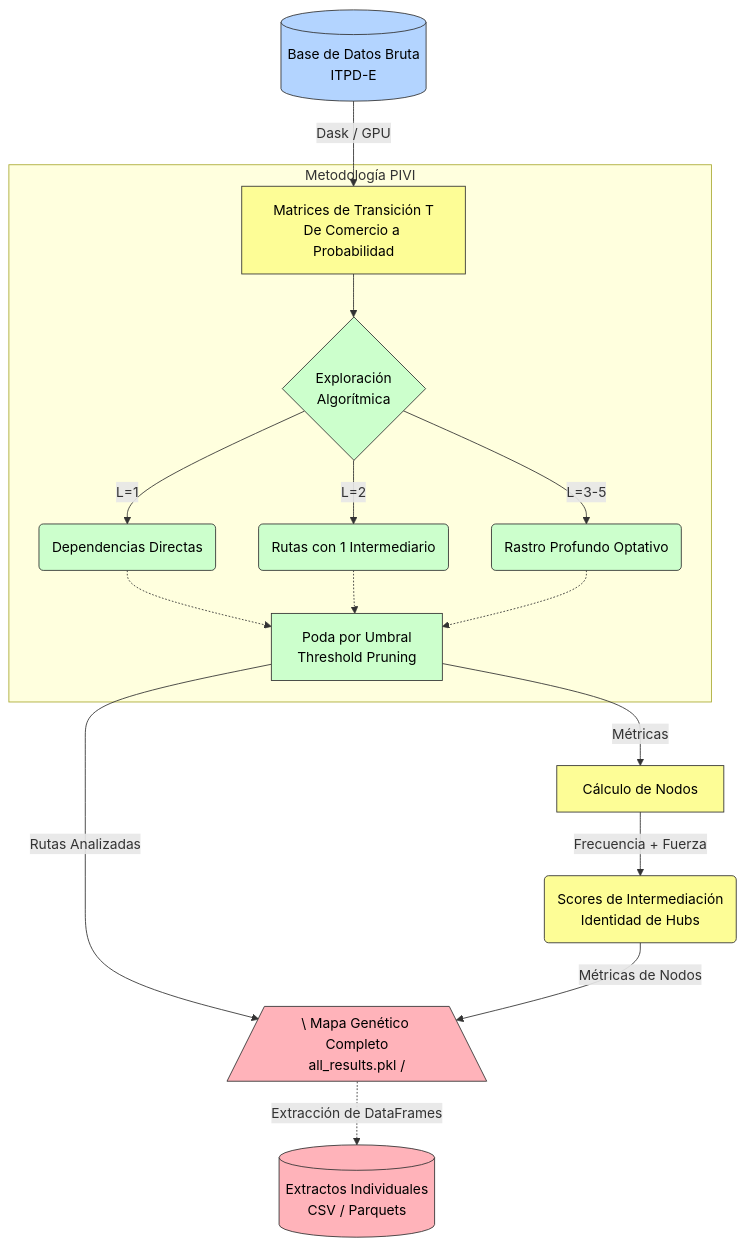
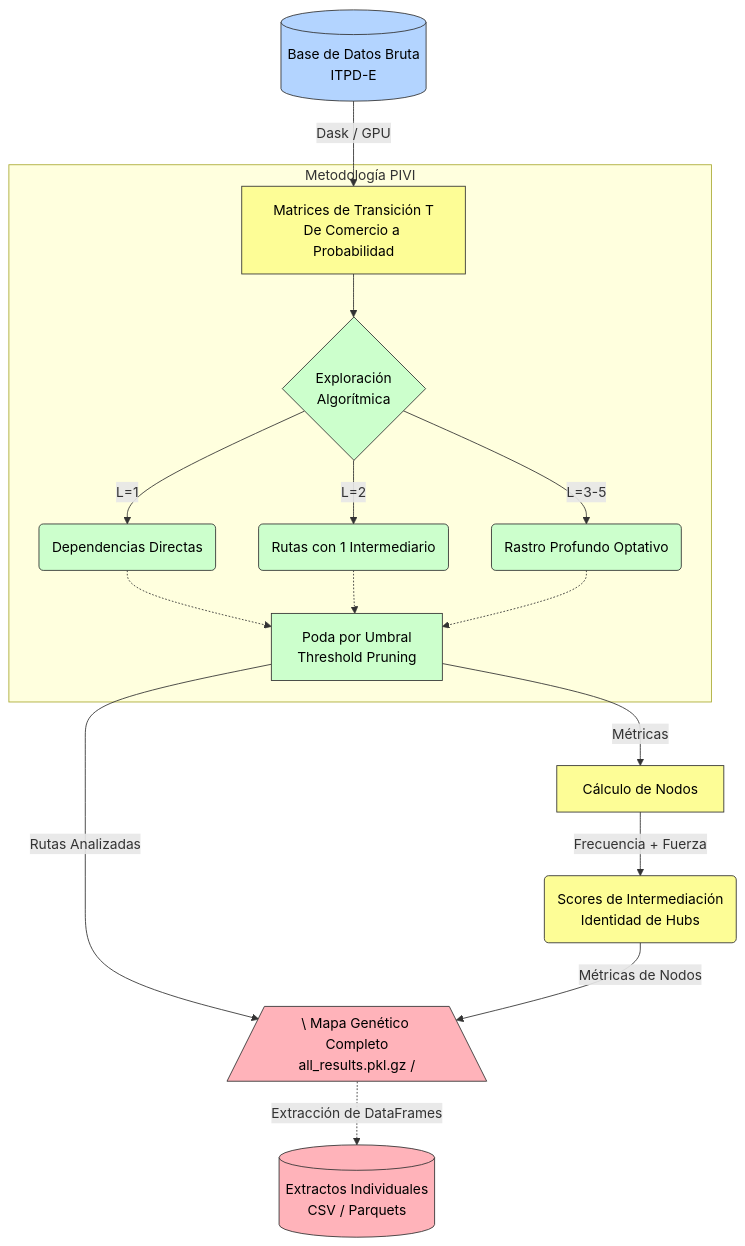
The second of 7 diagrams in README.md (mhidper/Seguridad-Economica), drawn with Mermaid before and after one commit. The commit also changed other lines of this file and 1 other file, not shown here.

Commit message:
feat: compress master result files to .pkl.gz and add project documentation for data management and analysis pipelines

````diff
--- a/README.md
+++ b/README.md
@@ -115,28 +115,28 @@
 ```mermaid
 graph TD
     classDef db fill:#b3d4ff,stroke:#333,stroke-width:1px,color:#000
     classDef proc fill:#fdfd96,stroke:#333,stroke-width:1px,color:#000
     classDef pivi fill:#ccffcc,stroke:#333,stroke-width:1px,color:#000
     classDef out fill:#ffb3ba,stroke:#333,stroke-width:1px,color:#000
 
     A[(Base de Datos Bruta<br/>ITPD-E)]:::db -->|Dask / GPU| B[Matrices de Transición T<br/>De Comercio a Probabilidad]:::proc
     
     subgraph Metodología PIVI
         B --> C{Exploración<br/>Algorítmica}:::pivi
         C -->|L=1| D(Dependencias Directas):::pivi
         C -->|L=2| E(Rutas con 1 Intermediario):::pivi
         C -->|L=3-5| F(Rastro Profundo Optativo):::pivi
         
         D -.-> G[Poda por Umbral<br>Threshold Pruning]:::pivi
         E -.-> G
         F -.-> G
     end
 
     G -->|Métricas| H[Cálculo de Nodos]:::proc
     H -->|Frecuencia + Fuerza| I(Scores de Intermediación<br/>Identidad de Hubs):::proc
     
-    G -->|Rutas Analizadas| K[/\ Mapa Genético Completo<br/>all_results.pkl /\]:::out
+    G -->|Rutas Analizadas| K[/\ Mapa Genético Completo<br/>all_results.pkl.gz /\]:::out
     I -->|Métricas de Nodos| K
     
     K -.->|Extracción de DataFrames| J[(Extractos Individuales<br/>CSV / Parquets)]:::out
 ```
````
